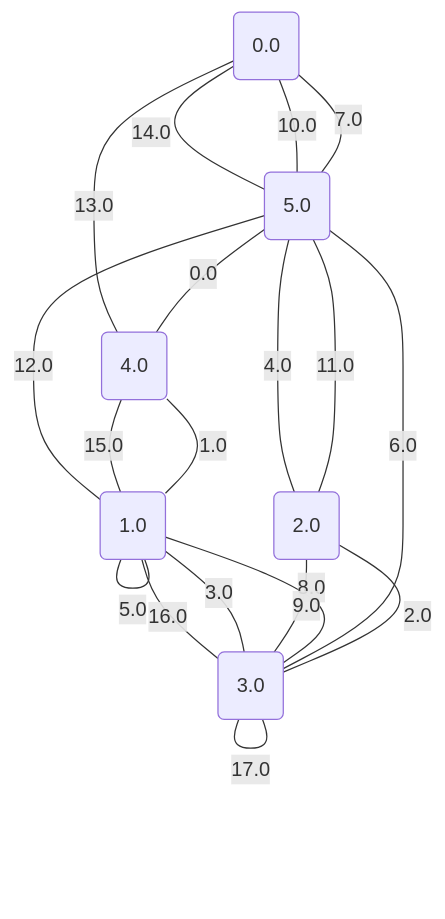
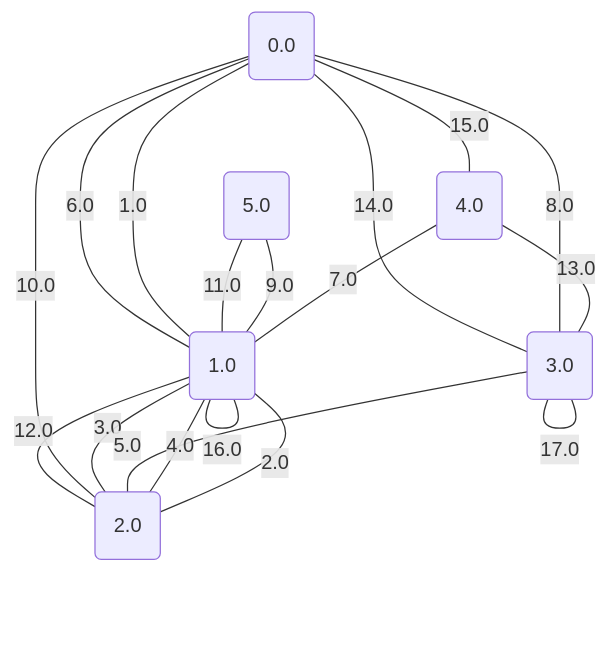
The diagram in project/src/testing/graphs/1.md (metury/graphs), drawn with Mermaid before and after one commit. The commit also changed 50 other files, not shown here.

````diff
--- a/project/src/testing/graphs/1.md
+++ b/project/src/testing/graphs/1.md
@@ -1,27 +1,27 @@
 ```mermaid
 graph TD;
 0("0.0");
 1("1.0");
 2("2.0");
 3("3.0");
 4("4.0");
 5("5.0");
-	5 -- "0.0" --- 4;
-	4 -- "1.0" --- 1;
-	2 -- "2.0" --- 3;
-	3 -- "3.0" --- 1;
-	2 -- "4.0" --- 5;
-	1 -- "5.0" --- 1;
-	5 -- "6.0" --- 3;
-	0 -- "7.0" --- 5;
-	1 -- "8.0" --- 3;
-	2 -- "9.0" --- 3;
-	5 -- "10.0" --- 0;
-	5 -- "11.0" --- 2;
-	1 -- "12.0" --- 5;
-	0 -- "13.0" --- 4;
-	5 -- "14.0" --- 0;
-	4 -- "15.0" --- 1;
-	3 -- "16.0" --- 1;
+	3 -- "0.0" --- 3;
+	1 -- "1.0" --- 0;
+	1 -- "2.0" --- 2;
+	2 -- "3.0" --- 1;
+	1 -- "4.0" --- 2;
+	3 -- "5.0" --- 2;
+	1 -- "6.0" --- 0;
+	4 -- "7.0" --- 1;
+	3 -- "8.0" --- 0;
+	5 -- "9.0" --- 1;
+	2 -- "10.0" --- 0;
+	5 -- "11.0" --- 1;
+	2 -- "12.0" --- 1;
+	4 -- "13.0" --- 3;
+	3 -- "14.0" --- 0;
+	0 -- "15.0" --- 4;
+	1 -- "16.0" --- 1;
 	3 -- "17.0" --- 3;
 ```
````
